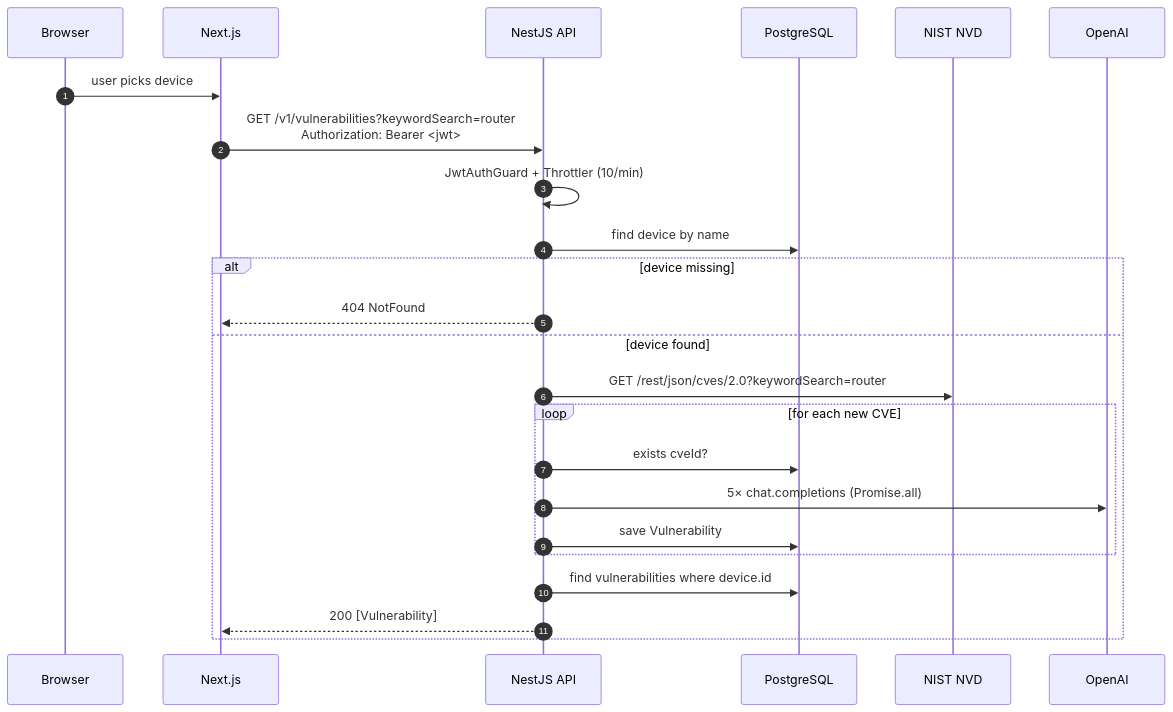
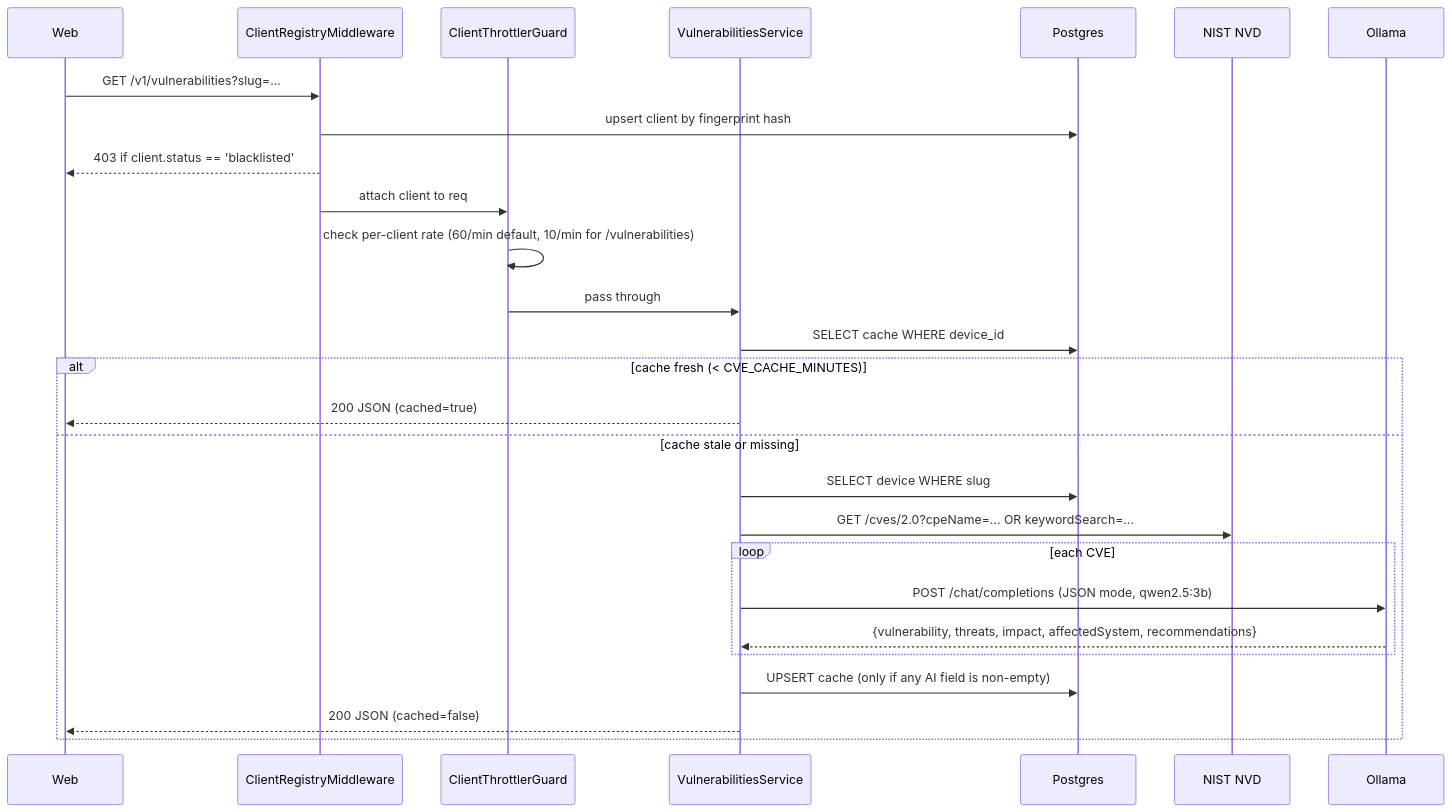
Before and after one commit to josebright/iot-deviceshield: the third of 3 diagrams in docs/ARCHITECTURE.md, drawn with Mermaid. The commit also changed other lines of this file and 6 other files, not shown here.

First line of the commit message:
docs: rewrite for local-Ollama architecture; relicense PolyForm Noncommercial 1.0

````diff
--- a/docs/ARCHITECTURE.md
+++ b/docs/ARCHITECTURE.md
@@ -101,27 +123,30 @@
 ```mermaid
 sequenceDiagram
-    autonumber
-    participant B as Browser
-    participant W as Next.js
-    participant A as NestJS API
-    participant PG as PostgreSQL
+    participant W as Web
+    participant M as ClientRegistryMiddleware
+    participant T as ClientThrottlerGuard
+    participant V as VulnerabilitiesService
+    participant DB as Postgres
     participant N as NIST NVD
-    participant O as OpenAI
+    participant O as Ollama
 
-    B->>W: user picks device
-    W->>A: GET /v1/vulnerabilities?keywordSearch=router<br/>Authorization: Bearer <jwt>
-    A->>A: JwtAuthGuard + Throttler (10/min)
-    A->>PG: find device by name
-    alt device missing
-      A-->>W: 404 NotFound
-    else device found
-      A->>N: GET /rest/json/cves/2.0?keywordSearch=router
-      loop for each new CVE
-        A->>PG: exists cveId?
-        A->>O: 5× chat.completions (Promise.all)
-        A->>PG: save Vulnerability
-      end
-      A->>PG: find vulnerabilities where device.id
-      A-->>W: 200 [Vulnerability]
+    W->>M: GET /v1/vulnerabilities?slug=...
+    M->>DB: upsert client by fingerprint hash
+    M-->>W: 403 if client.status == 'blacklisted'
+    M->>T: attach client to req
+    T->>T: check per-client rate (60/min default, 10/min for /vulnerabilities)
+    T->>V: pass through
+    V->>DB: SELECT cache WHERE device_id
+    alt cache fresh (< CVE_CACHE_MINUTES)
+        V-->>W: 200 JSON (cached=true)
+    else cache stale or missing
+        V->>DB: SELECT device WHERE slug
+        V->>N: GET /cves/2.0?cpeName=... OR keywordSearch=...
+        loop each CVE
+            V->>O: POST /chat/completions (JSON mode, qwen2.5:3b)
+            O-->>V: {vulnerability, threats, impact, affectedSystem, recommendations}
+        end
+        V->>DB: UPSERT cache (only if any AI field is non-empty)
+        V-->>W: 200 JSON (cached=false)
     end
 ```
````
